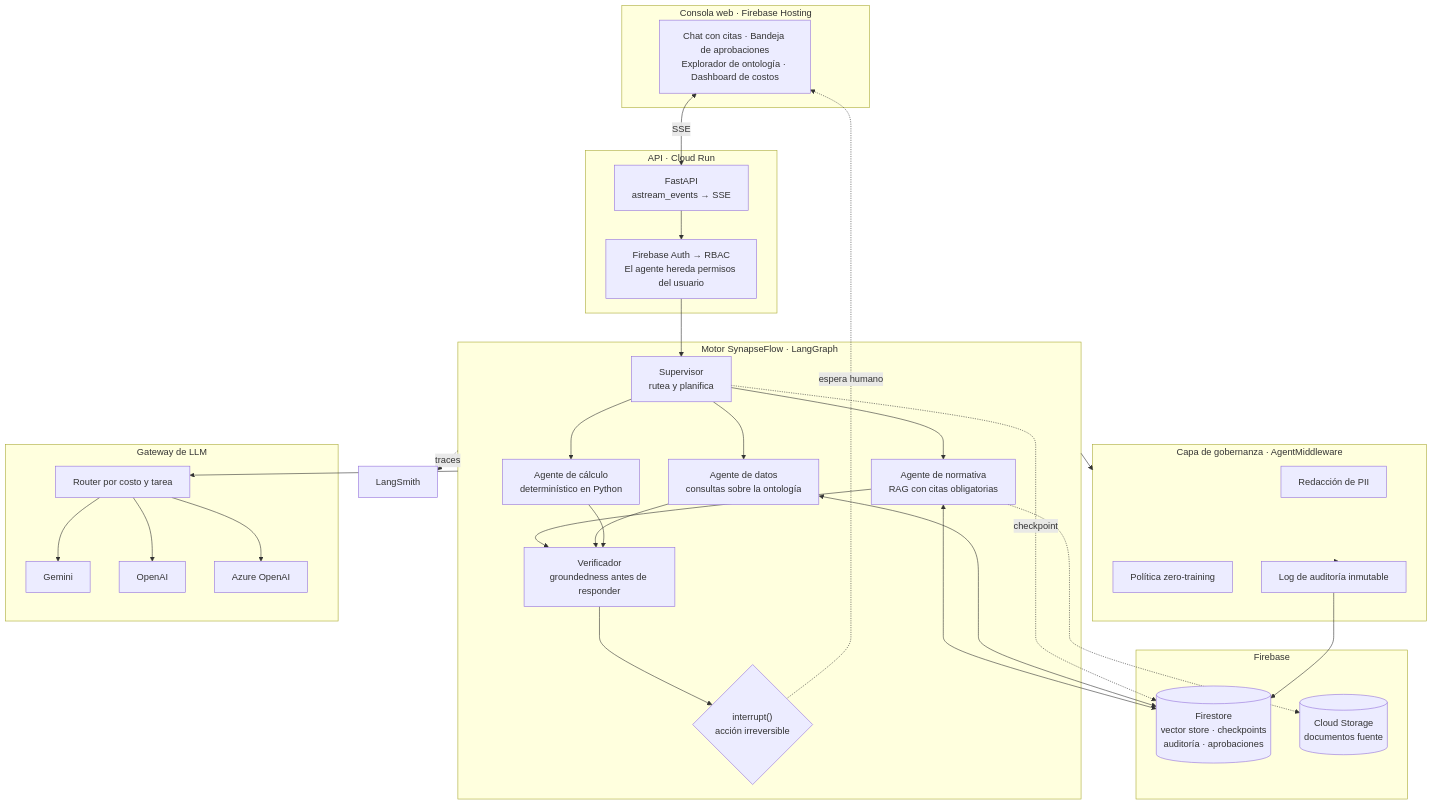
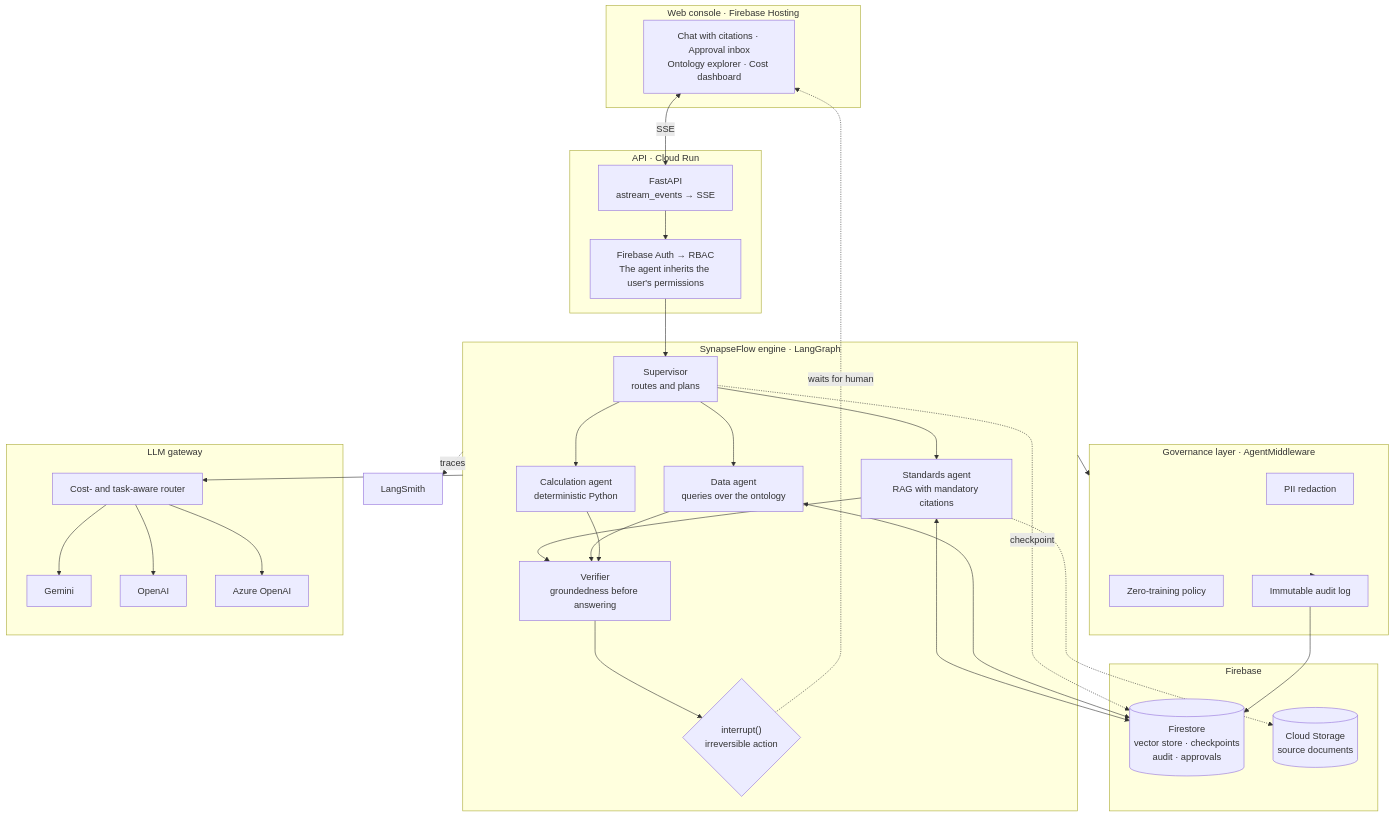
Before and after one commit to leanaraque/SynapseFlow: the diagram in README.md, drawn with Mermaid. The commit also changed other lines of this file and 3 other files, not shown here.

````diff
--- a/README.md
+++ b/README.md
@@ -94,54 +101,54 @@
 ```mermaid
 flowchart TB
-    subgraph client["Consola web · Firebase Hosting"]
-        UI["Chat con citas · Bandeja de aprobaciones<br/>Explorador de ontología · Dashboard de costos"]
+    subgraph client["Web console · Firebase Hosting"]
+        UI["Chat with citations · Approval inbox<br/>Ontology explorer · Cost dashboard"]
     end
 
     subgraph api["API · Cloud Run"]
         FASTAPI["FastAPI<br/>astream_events → SSE"]
-        AUTH["Firebase Auth → RBAC<br/>El agente hereda permisos del usuario"]
+        AUTH["Firebase Auth → RBAC<br/>The agent inherits the user's permissions"]
     end
 
-    subgraph core["Motor SynapseFlow · LangGraph"]
-        SUP["Supervisor<br/>rutea y planifica"]
-        NORM["Agente de normativa<br/>RAG con citas obligatorias"]
-        DATOS["Agente de datos<br/>consultas sobre la ontología"]
-        CALC["Agente de cálculo<br/>determinístico en Python"]
-        VERIF["Verificador<br/>groundedness antes de responder"]
-        HITL{"interrupt()<br/>acción irreversible"}
+    subgraph core["SynapseFlow engine · LangGraph"]
+        SUP["Supervisor<br/>routes and plans"]
+        NORM["Standards agent<br/>RAG with mandatory citations"]
+        DATOS["Data agent<br/>queries over the ontology"]
+        CALC["Calculation agent<br/>deterministic Python"]
+        VERIF["Verifier<br/>groundedness before answering"]
+        HITL{"interrupt()<br/>irreversible action"}
     end
 
-    subgraph gov["Capa de gobernanza · AgentMiddleware"]
-        PII["Redacción de PII"]
-        POL["Política zero-training"]
-        AUDIT["Log de auditoría inmutable"]
+    subgraph gov["Governance layer · AgentMiddleware"]
+        PII["PII redaction"]
+        POL["Zero-training policy"]
+        AUDIT["Immutable audit log"]
     end
 
     subgraph data["Firebase"]
-        FS[("Firestore<br/>vector store · checkpoints<br/>auditoría · aprobaciones")]
-        GCS[("Cloud Storage<br/>documentos fuente")]
+        FS[("Firestore<br/>vector store · checkpoints<br/>audit · approvals")]
+        GCS[("Cloud Storage<br/>source documents")]
     end
 
-    subgraph llm["Gateway de LLM"]
-        GW["Router por costo y tarea"]
+    subgraph llm["LLM gateway"]
+        GW["Cost- and task-aware router"]
         GEM["Gemini"]
         OAI["OpenAI"]
         AZ["Azure OpenAI"]
     end
 
     UI <-->|SSE| FASTAPI
     FASTAPI --> AUTH --> SUP
     SUP --> NORM & DATOS & CALC
     NORM & DATOS & CALC --> VERIF
     VERIF --> HITL
-    HITL -.->|espera humano| UI
+    HITL -.->|waits for human| UI
     NORM <--> FS
     DATOS <--> FS
     SUP -.->|checkpoint| FS
     NORM -.-> GCS
     core --> gov
     gov --> AUDIT --> FS
     core --> GW
     GW --> GEM & OAI & AZ
     core -.->|traces| LS["LangSmith"]
 ```
````
